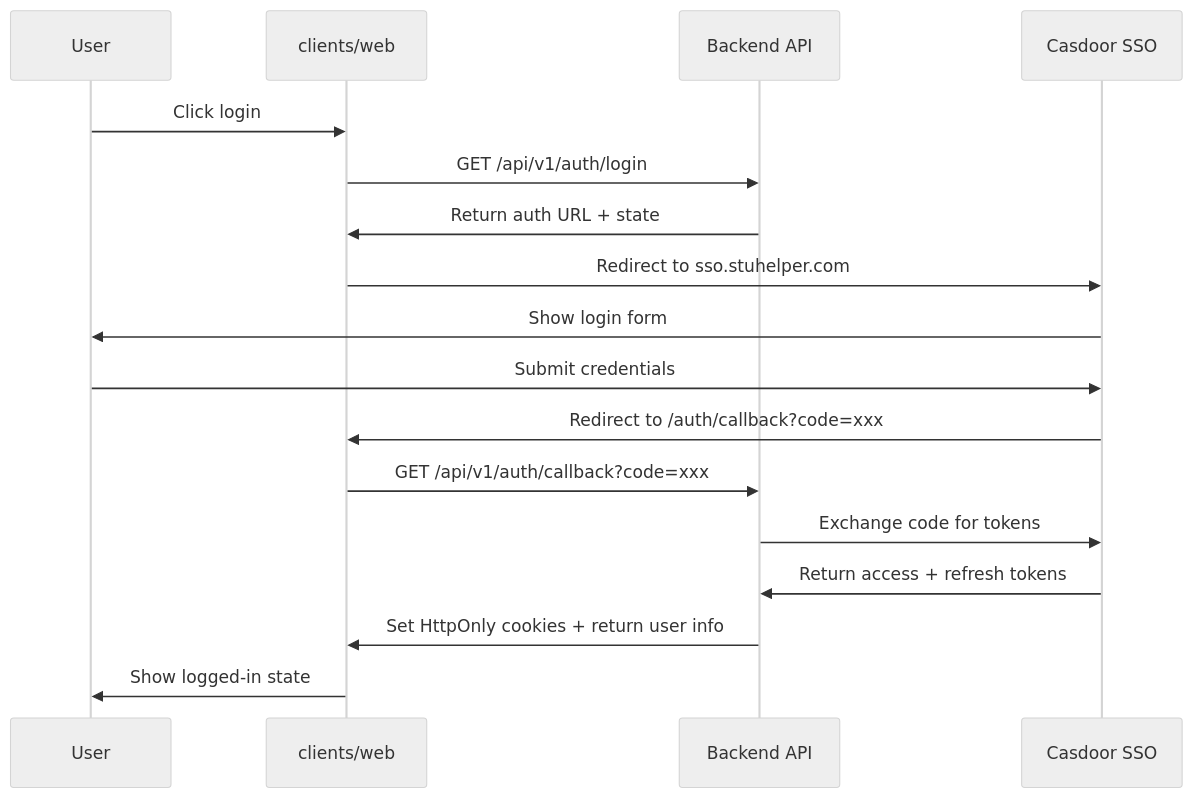
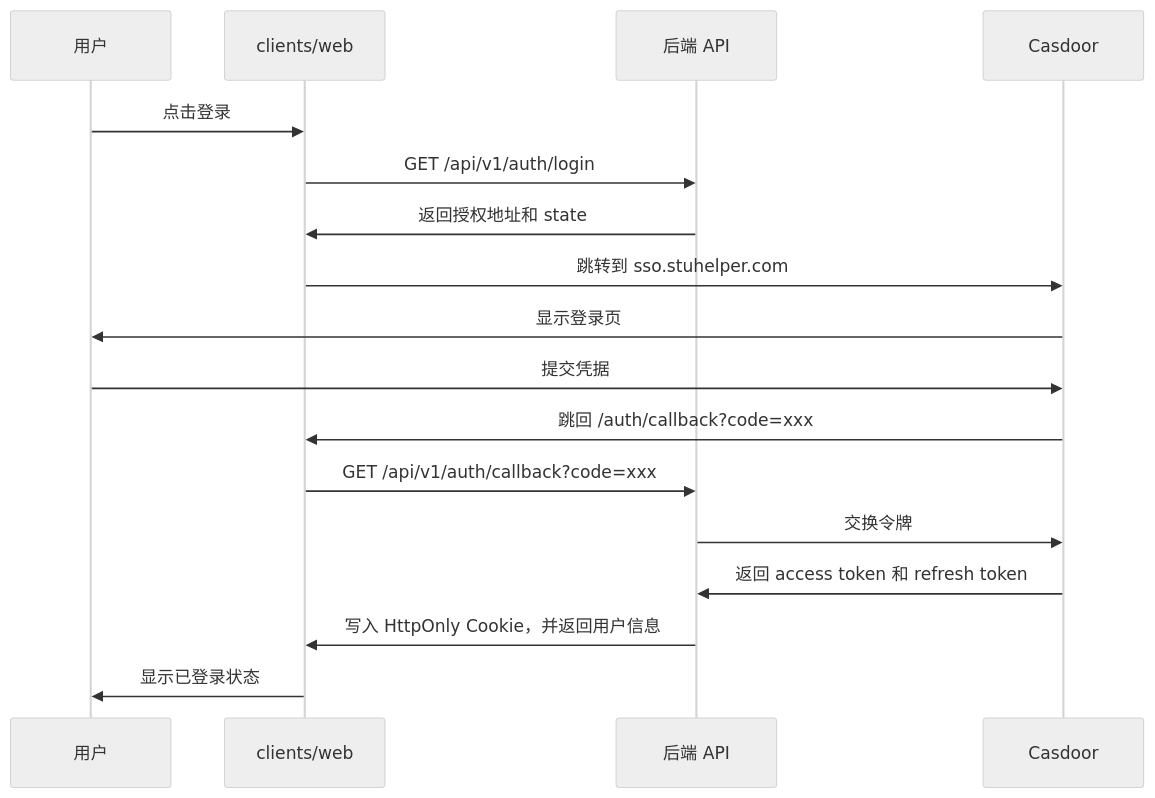
Before and after one commit to StuHelper/StuHelper: the diagram in docs/architecture/frontend-architecture.md, drawn with Mermaid (neutral theme). The commit also changed other lines of this file and 9 other files, not shown here.

````diff
--- a/docs/architecture/frontend-architecture.md
+++ b/docs/architecture/frontend-architecture.md
@@ -36,20 +38,20 @@
 ```mermaid
 sequenceDiagram
-    participant User
-    participant Web as clients/web
-    participant API as Backend API
-    participant SSO as Casdoor SSO
+    participant U as 用户
+    participant W as clients/web
+    participant API as 后端 API
+    participant SSO as Casdoor
 
-    User->>Web: Click login
-    Web->>API: GET /api/v1/auth/login
-    API->>Web: Return auth URL + state
-    Web->>SSO: Redirect to sso.stuhelper.com
-    SSO->>User: Show login form
-    User->>SSO: Submit credentials
-    SSO->>Web: Redirect to /auth/callback?code=xxx
-    Web->>API: GET /api/v1/auth/callback?code=xxx
-    API->>SSO: Exchange code for tokens
-    SSO->>API: Return access + refresh tokens
-    API->>Web: Set HttpOnly cookies + return user info
-    Web->>User: Show logged-in state
+    U->>W: 点击登录
+    W->>API: GET /api/v1/auth/login
+    API->>W: 返回授权地址和 state
+    W->>SSO: 跳转到 sso.stuhelper.com
+    SSO->>U: 显示登录页
+    U->>SSO: 提交凭据
+    SSO->>W: 跳回 /auth/callback?code=xxx
+    W->>API: GET /api/v1/auth/callback?code=xxx
+    API->>SSO: 交换令牌
+    SSO->>API: 返回 access token 和 refresh token
+    API->>W: 写入 HttpOnly Cookie，并返回用户信息
+    W->>U: 显示已登录状态
 ```
````
